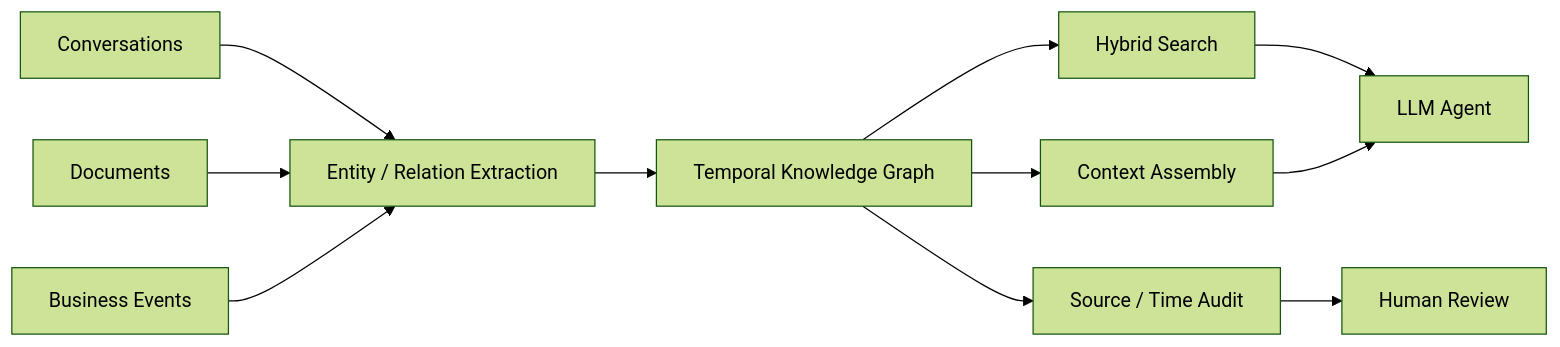
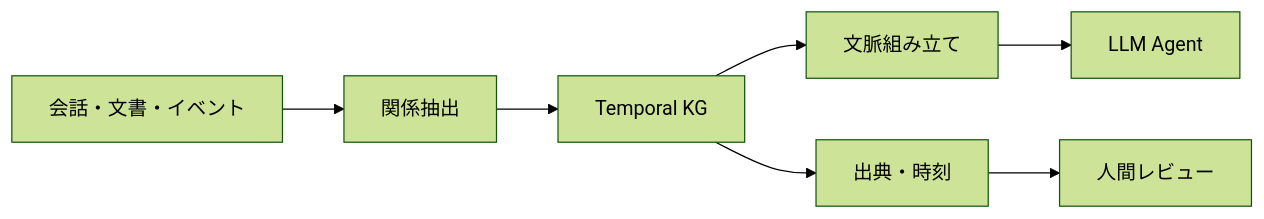
The eighth of 13 diagrams in src/content/blog/ai-llm-ontology-memory.mdx (daylight55/research), drawn with Mermaid (forest theme) before and after one commit. The commit also changed other lines of this file and 20 other files, not shown here.

Commit message:
Mermaid図の表示サイズを調整

````diff
--- a/src/content/blog/ai-llm-ontology-memory.mdx
+++ b/src/content/blog/ai-llm-ontology-memory.mdx
@@ -304,13 +288,9 @@
 ```mermaid
 flowchart LR
-  Conv["Conversations"] --> Ext["Entity / Relation Extraction"]
-  Docs["Documents"] --> Ext
-  Events["Business Events"] --> Ext
-  Ext --> TKG["Temporal Knowledge Graph"]
-  TKG --> Search["Hybrid Search"]
-  TKG --> Reason["Context Assembly"]
-  TKG --> Audit["Source / Time Audit"]
-  Search --> Agent["LLM Agent"]
-  Reason --> Agent
-  Audit --> Reviewer["Human Review"]
+  Src["会話・文書・イベント"] --> Ext["関係抽出"]
+  Ext --> TKG["Temporal KG"]
+  TKG --> Ctx["文脈組み立て"]
+  TKG --> Aud["出典・時刻"]
+  Ctx --> Agent["LLM Agent"]
+  Aud --> Rev["人間レビュー"]
 ```
````
